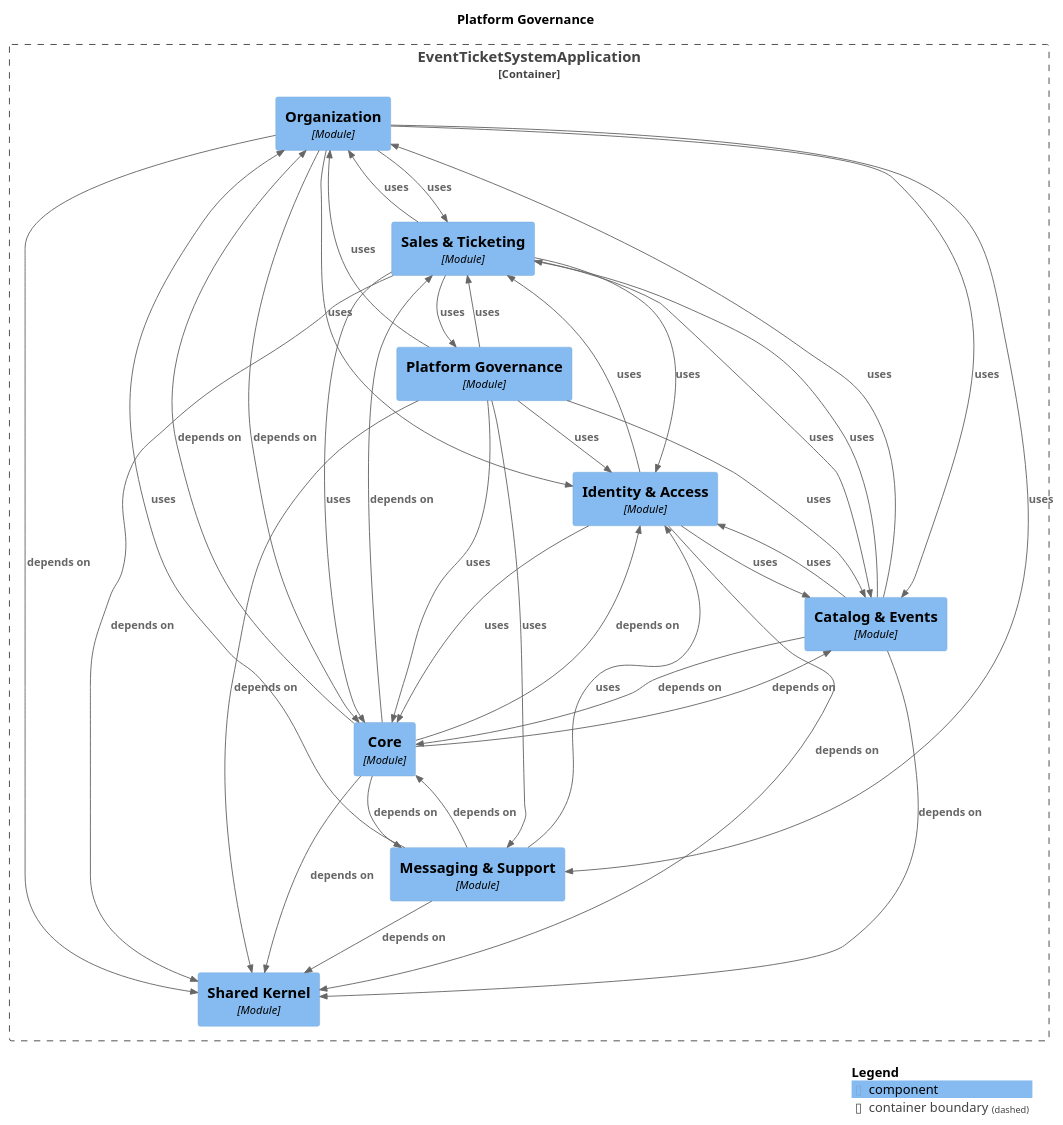
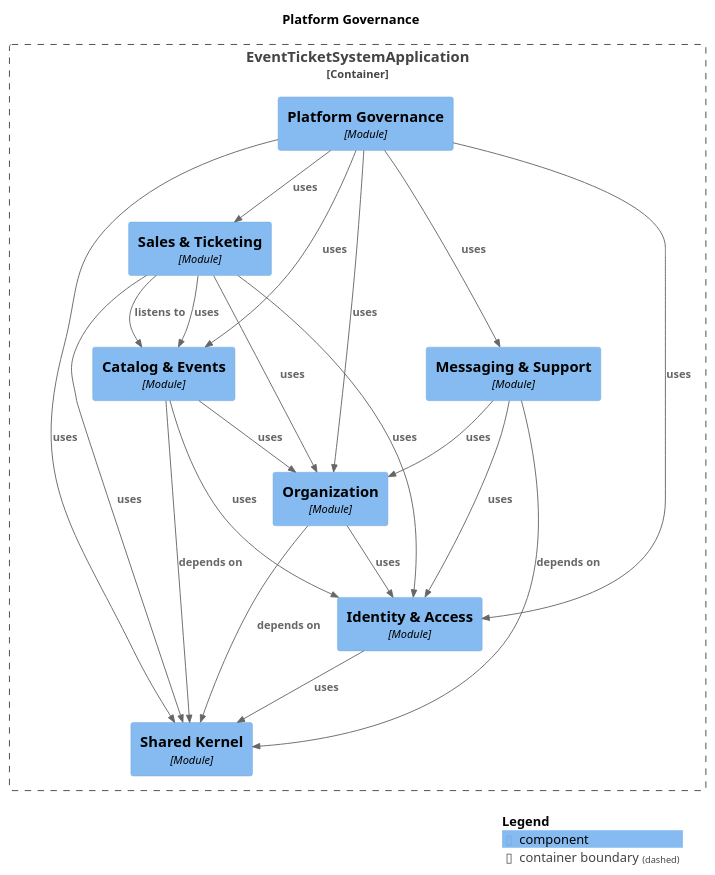
The diagram in docs/architecture/module-governance.puml (NaimElijah/Ticketeer), drawn with PlantUML before and after one commit. The commit also changed 566 other files, not shown here.

```diff
--- a/docs/architecture/module-governance.puml
+++ b/docs/architecture/module-governance.puml
@@ -1,62 +1,43 @@
 @startuml
 set separator none
 title Platform Governance
 
 top to bottom direction
 
 !include <C4/C4>
 !include <C4/C4_Context>
 !include <C4/C4_Component>
 
 Container_Boundary("EventTicketSystemApplication.EventTicketSystemApplication_boundary", "EventTicketSystemApplication", $tags="") {
+  Component(EventTicketSystemApplication.EventTicketSystemApplication.PlatformGovernance, "Platform Governance", $techn="Module", $descr="", $tags="", $link="")
+  Component(EventTicketSystemApplication.EventTicketSystemApplication.SharedKernel, "Shared Kernel", $techn="Module", $descr="", $tags="", $link="")
+  Component(EventTicketSystemApplication.EventTicketSystemApplication.IdentityAccess, "Identity & Access", $techn="Module", $descr="", $tags="", $link="")
   Component(EventTicketSystemApplication.EventTicketSystemApplication.Organization, "Organization", $techn="Module", $descr="", $tags="", $link="")
+  Component(EventTicketSystemApplication.EventTicketSystemApplication.CatalogEvents, "Catalog & Events", $techn="Module", $descr="", $tags="", $link="")
+  Component(EventTicketSystemApplication.EventTicketSystemApplication.MessagingSupport, "Messaging & Support", $techn="Module", $descr="", $tags="", $link="")
   Component(EventTicketSystemApplication.EventTicketSystemApplication.SalesTicketing, "Sales & Ticketing", $techn="Module", $descr="", $tags="", $link="")
-  Component(EventTicketSystemApplication.EventTicketSystemApplication.SharedKernel, "Shared Kernel", $techn="Module", $descr="", $tags="", $link="")
-  Component(EventTicketSystemApplication.EventTicketSystemApplication.Core, "Core", $techn="Module", $descr="", $tags="", $link="")
-  Component(EventTicketSystemApplication.EventTicketSystemApplication.CatalogEvents, "Catalog & Events", $techn="Module", $descr="", $tags="", $link="")
-  Component(EventTicketSystemApplication.EventTicketSystemApplication.PlatformGovernance, "Platform Governance", $techn="Module", $descr="", $tags="", $link="")
-  Component(EventTicketSystemApplication.EventTicketSystemApplication.IdentityAccess, "Identity & Access", $techn="Module", $descr="", $tags="", $link="")
-  Component(EventTicketSystemApplication.EventTicketSystemApplication.MessagingSupport, "Messaging & Support", $techn="Module", $descr="", $tags="", $link="")
 }
 
-Rel(EventTicketSystemApplication.EventTicketSystemApplication.SalesTicketing, EventTicketSystemApplication.EventTicketSystemApplication.CatalogEvents, "uses", $techn="", $tags="", $link="")
-Rel(EventTicketSystemApplication.EventTicketSystemApplication.SalesTicketing, EventTicketSystemApplication.EventTicketSystemApplication.IdentityAccess, "uses", $techn="", $tags="", $link="")
-Rel(EventTicketSystemApplication.EventTicketSystemApplication.SalesTicketing, EventTicketSystemApplication.EventTicketSystemApplication.Organization, "uses", $techn="", $tags="", $link="")
-Rel(EventTicketSystemApplication.EventTicketSystemApplication.SalesTicketing, EventTicketSystemApplication.EventTicketSystemApplication.PlatformGovernance, "uses", $techn="", $tags="", $link="")
-Rel(EventTicketSystemApplication.EventTicketSystemApplication.SalesTicketing, EventTicketSystemApplication.EventTicketSystemApplication.Core, "uses", $techn="", $tags="", $link="")
-Rel(EventTicketSystemApplication.EventTicketSystemApplication.IdentityAccess, EventTicketSystemApplication.EventTicketSystemApplication.SharedKernel, "depends on", $techn="", $tags="", $link="")
-Rel(EventTicketSystemApplication.EventTicketSystemApplication.IdentityAccess, EventTicketSystemApplication.EventTicketSystemApplication.SalesTicketing, "uses", $techn="", $tags="", $link="")
-Rel(EventTicketSystemApplication.EventTicketSystemApplication.IdentityAccess, EventTicketSystemApplication.EventTicketSystemApplication.Core, "uses", $techn="", $tags="", $link="")
-Rel(EventTicketSystemApplication.EventTicketSystemApplication.IdentityAccess, EventTicketSystemApplication.EventTicketSystemApplication.CatalogEvents, "uses", $techn="", $tags="", $link="")
-Rel(EventTicketSystemApplication.EventTicketSystemApplication.Organization, EventTicketSystemApplication.EventTicketSystemApplication.SharedKernel, "depends on", $techn="", $tags="", $link="")
-Rel(EventTicketSystemApplication.EventTicketSystemApplication.Organization, EventTicketSystemApplication.EventTicketSystemApplication.Core, "depends on", $techn="", $tags="", $link="")
-Rel(EventTicketSystemApplication.EventTicketSystemApplication.Organization, EventTicketSystemApplication.EventTicketSystemApplication.CatalogEvents, "uses", $techn="", $tags="", $link="")
-Rel(EventTicketSystemApplication.EventTicketSystemApplication.Organization, EventTicketSystemApplication.EventTicketSystemApplication.SalesTicketing, "uses", $techn="", $tags="", $link="")
-Rel(EventTicketSystemApplication.EventTicketSystemApplication.Organization, EventTicketSystemApplication.EventTicketSystemApplication.MessagingSupport, "uses", $techn="", $tags="", $link="")
-Rel(EventTicketSystemApplication.EventTicketSystemApplication.Organization, EventTicketSystemApplication.EventTicketSystemApplication.IdentityAccess, "uses", $techn="", $tags="", $link="")
-Rel(EventTicketSystemApplication.EventTicketSystemApplication.Core, EventTicketSystemApplication.EventTicketSystemApplication.CatalogEvents, "depends on", $techn="", $tags="", $link="")
-Rel(EventTicketSystemApplication.EventTicketSystemApplication.Core, EventTicketSystemApplication.EventTicketSystemApplication.SalesTicketing, "depends on", $techn="", $tags="", $link="")
-Rel(EventTicketSystemApplication.EventTicketSystemApplication.Core, EventTicketSystemApplication.EventTicketSystemApplication.MessagingSupport, "depends on", $techn="", $tags="", $link="")
-Rel(EventTicketSystemApplication.EventTicketSystemApplication.Core, EventTicketSystemApplication.EventTicketSystemApplication.Organization, "depends on", $techn="", $tags="", $link="")
-Rel(EventTicketSystemApplication.EventTicketSystemApplication.Core, EventTicketSystemApplication.EventTicketSystemApplication.IdentityAccess, "depends on", $techn="", $tags="", $link="")
-Rel(EventTicketSystemApplication.EventTicketSystemApplication.Core, EventTicketSystemApplication.EventTicketSystemApplication.SharedKernel, "depends on", $techn="", $tags="", $link="")
-Rel(EventTicketSystemApplication.EventTicketSystemApplication.PlatformGovernance, EventTicketSystemApplication.EventTicketSystemApplication.SharedKernel, "depends on", $techn="", $tags="", $link="")
+Rel(EventTicketSystemApplication.EventTicketSystemApplication.CatalogEvents, EventTicketSystemApplication.EventTicketSystemApplication.SharedKernel, "depends on", $techn="", $tags="", $link="")
+Rel(EventTicketSystemApplication.EventTicketSystemApplication.CatalogEvents, EventTicketSystemApplication.EventTicketSystemApplication.IdentityAccess, "uses", $techn="", $tags="", $link="")
+Rel(EventTicketSystemApplication.EventTicketSystemApplication.CatalogEvents, EventTicketSystemApplication.EventTicketSystemApplication.Organization, "uses", $techn="", $tags="", $link="")
 Rel(EventTicketSystemApplication.EventTicketSystemApplication.PlatformGovernance, EventTicketSystemApplication.EventTicketSystemApplication.IdentityAccess, "uses", $techn="", $tags="", $link="")
 Rel(EventTicketSystemApplication.EventTicketSystemApplication.PlatformGovernance, EventTicketSystemApplication.EventTicketSystemApplication.SalesTicketing, "uses", $techn="", $tags="", $link="")
 Rel(EventTicketSystemApplication.EventTicketSystemApplication.PlatformGovernance, EventTicketSystemApplication.EventTicketSystemApplication.CatalogEvents, "uses", $techn="", $tags="", $link="")
 Rel(EventTicketSystemApplication.EventTicketSystemApplication.PlatformGovernance, EventTicketSystemApplication.EventTicketSystemApplication.Organization, "uses", $techn="", $tags="", $link="")
-Rel(EventTicketSystemApplication.EventTicketSystemApplication.PlatformGovernance, EventTicketSystemApplication.EventTicketSystemApplication.Core, "uses", $techn="", $tags="", $link="")
+Rel(EventTicketSystemApplication.EventTicketSystemApplication.PlatformGovernance, EventTicketSystemApplication.EventTicketSystemApplication.SharedKernel, "uses", $techn="", $tags="", $link="")
 Rel(EventTicketSystemApplication.EventTicketSystemApplication.PlatformGovernance, EventTicketSystemApplication.EventTicketSystemApplication.MessagingSupport, "uses", $techn="", $tags="", $link="")
 Rel(EventTicketSystemApplication.EventTicketSystemApplication.MessagingSupport, EventTicketSystemApplication.EventTicketSystemApplication.SharedKernel, "depends on", $techn="", $tags="", $link="")
-Rel(EventTicketSystemApplication.EventTicketSystemApplication.MessagingSupport, EventTicketSystemApplication.EventTicketSystemApplication.Core, "depends on", $techn="", $tags="", $link="")
 Rel(EventTicketSystemApplication.EventTicketSystemApplication.MessagingSupport, EventTicketSystemApplication.EventTicketSystemApplication.IdentityAccess, "uses", $techn="", $tags="", $link="")
 Rel(EventTicketSystemApplication.EventTicketSystemApplication.MessagingSupport, EventTicketSystemApplication.EventTicketSystemApplication.Organization, "uses", $techn="", $tags="", $link="")
-Rel(EventTicketSystemApplication.EventTicketSystemApplication.CatalogEvents, EventTicketSystemApplication.EventTicketSystemApplication.Core, "depends on", $techn="", $tags="", $link="")
-Rel(EventTicketSystemApplication.EventTicketSystemApplication.CatalogEvents, EventTicketSystemApplication.EventTicketSystemApplication.SharedKernel, "depends on", $techn="", $tags="", $link="")
-Rel(EventTicketSystemApplication.EventTicketSystemApplication.CatalogEvents, EventTicketSystemApplication.EventTicketSystemApplication.IdentityAccess, "uses", $techn="", $tags="", $link="")
-Rel(EventTicketSystemApplication.EventTicketSystemApplication.CatalogEvents, EventTicketSystemApplication.EventTicketSystemApplication.Organization, "uses", $techn="", $tags="", $link="")
-Rel(EventTicketSystemApplication.EventTicketSystemApplication.CatalogEvents, EventTicketSystemApplication.EventTicketSystemApplication.SalesTicketing, "uses", $techn="", $tags="", $link="")
-Rel(EventTicketSystemApplication.EventTicketSystemApplication.SalesTicketing, EventTicketSystemApplication.EventTicketSystemApplication.SharedKernel, "depends on", $techn="", $tags="", $link="")
+Rel(EventTicketSystemApplication.EventTicketSystemApplication.SalesTicketing, EventTicketSystemApplication.EventTicketSystemApplication.CatalogEvents, "listens to", $techn="", $tags="", $link="")
+Rel(EventTicketSystemApplication.EventTicketSystemApplication.SalesTicketing, EventTicketSystemApplication.EventTicketSystemApplication.SharedKernel, "uses", $techn="", $tags="", $link="")
+Rel(EventTicketSystemApplication.EventTicketSystemApplication.SalesTicketing, EventTicketSystemApplication.EventTicketSystemApplication.CatalogEvents, "uses", $techn="", $tags="", $link="")
+Rel(EventTicketSystemApplication.EventTicketSystemApplication.SalesTicketing, EventTicketSystemApplication.EventTicketSystemApplication.IdentityAccess, "uses", $techn="", $tags="", $link="")
+Rel(EventTicketSystemApplication.EventTicketSystemApplication.SalesTicketing, EventTicketSystemApplication.EventTicketSystemApplication.Organization, "uses", $techn="", $tags="", $link="")
+Rel(EventTicketSystemApplication.EventTicketSystemApplication.IdentityAccess, EventTicketSystemApplication.EventTicketSystemApplication.SharedKernel, "uses", $techn="", $tags="", $link="")
+Rel(EventTicketSystemApplication.EventTicketSystemApplication.Organization, EventTicketSystemApplication.EventTicketSystemApplication.SharedKernel, "depends on", $techn="", $tags="", $link="")
+Rel(EventTicketSystemApplication.EventTicketSystemApplication.Organization, EventTicketSystemApplication.EventTicketSystemApplication.IdentityAccess, "uses", $techn="", $tags="", $link="")
 
 SHOW_LEGEND(true)
 @enduml
```
